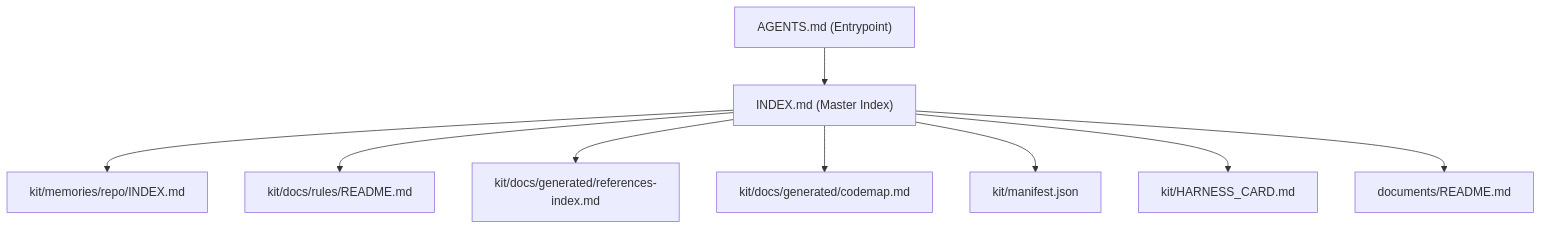
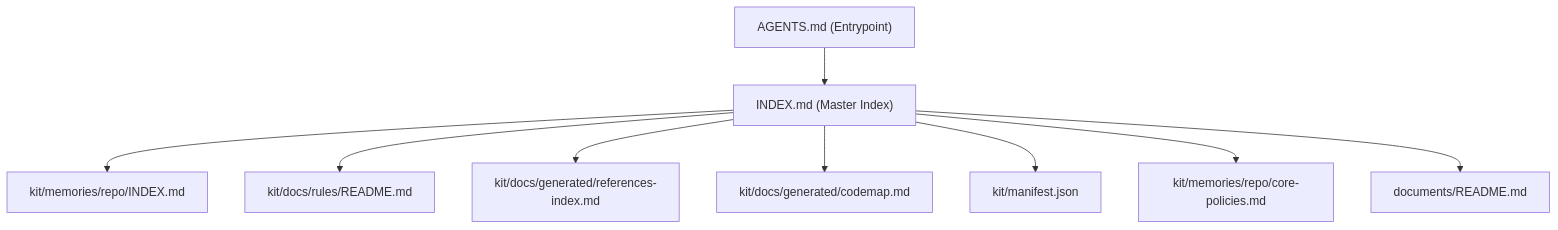
The diagram in INDEX.md (thaihai-swe/CoreZero-Nexus), drawn with Mermaid before and after one commit. The commit also changed other lines of this file and 95 other files, not shown here.

````diff
--- a/INDEX.md
+++ b/INDEX.md
@@ -20,11 +20,11 @@
 ```mermaid
 graph TD
     AGENTS["AGENTS.md (Entrypoint)"] --> INDEX["INDEX.md (Master Index)"]
     INDEX --> MEM["kit/memories/repo/INDEX.md"]
     INDEX --> RULES["kit/docs/rules/README.md"]
     INDEX --> DOCS["kit/docs/generated/references-index.md"]
     INDEX --> MAP["kit/docs/generated/codemap.md"]
     INDEX --> MANIFEST["kit/manifest.json"]
-    INDEX --> CARD["kit/HARNESS_CARD.md"]
+    INDEX --> POLICIES["kit/memories/repo/core-policies.md"]
     INDEX --> MAINT["documents/README.md"]
 ```
````
